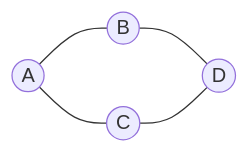
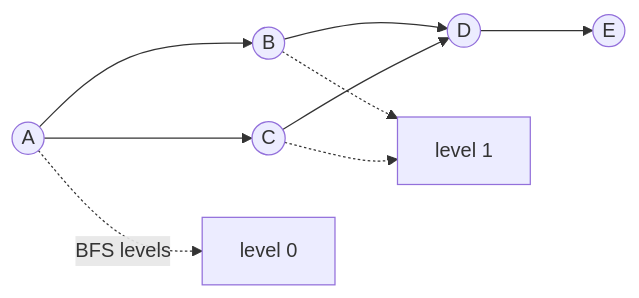
The first of 3 diagrams in graphs/README.md (Icon1cc/Data-Structures-and-Algorithms), drawn with Mermaid before and after one commit. The commit also changed other lines of this file and 112 other files, not shown here.

````diff
--- a/graphs/README.md
+++ b/graphs/README.md
@@ -55,7 +64,11 @@
 ```mermaid
 flowchart LR
-    A((A)) --- B((B))
-    A --- C((C))
-    B --- D((D))
-    C --- D
+    A((A)) --> B((B))
+    A --> C((C))
+    B --> D((D))
+    C --> D
+    D --> E((E))
+    A -. BFS levels .-> L0[level 0]
+    B -.-> L1[level 1]
+    C -.-> L1
 ```
````
